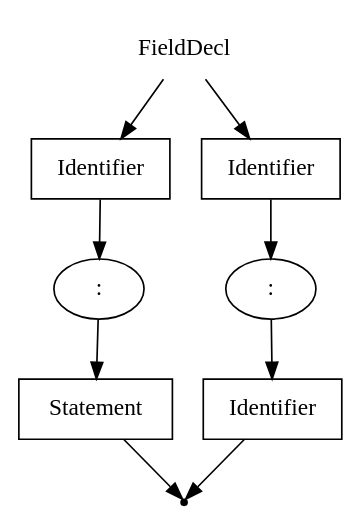
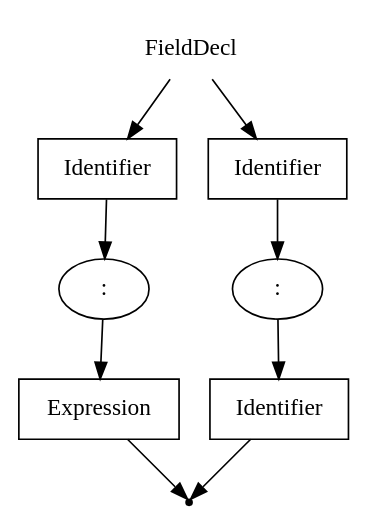
Before and after one commit to EgorGoluzin/DSL: the diagram in DSLTools/examples/PSECO_NEW/wirth_old/FieldDecl.gv, drawn with Graphviz. The commit also changed 17 other files, not shown here.

```diff
--- a/DSLTools/examples/PSECO_NEW/wirth_old/FieldDecl.gv
+++ b/DSLTools/examples/PSECO_NEW/wirth_old/FieldDecl.gv
@@ -1,18 +1,18 @@
 digraph FieldDecl {
   start [label="FieldDecl" shape=plaintext];
   A [label="Identifier" shape=box];
   B [label=":" shape=oval];
-  C [label="Statement" shape=box];
+  C [label="Expression" shape=box];
   D [label="Identifier" shape=box];
   E [label=":" shape=oval];
   F [label="Identifier" shape=box];
   end [label="" shape=point];
   start -> D;
   start -> A;
   A -> B;
   B -> C;
   C -> end;
   D -> E;
   E -> F;
   F -> end;
 }
```
